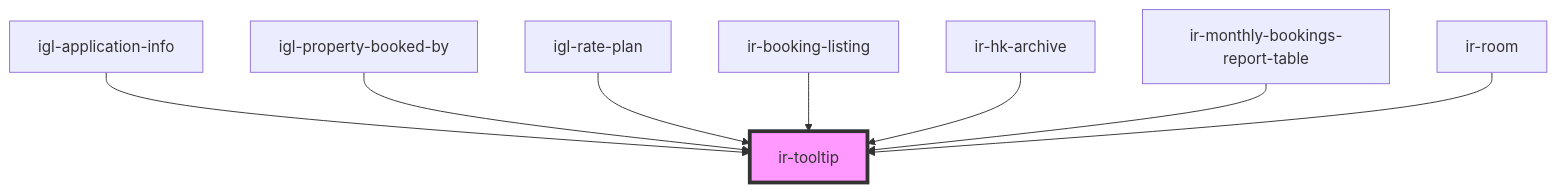
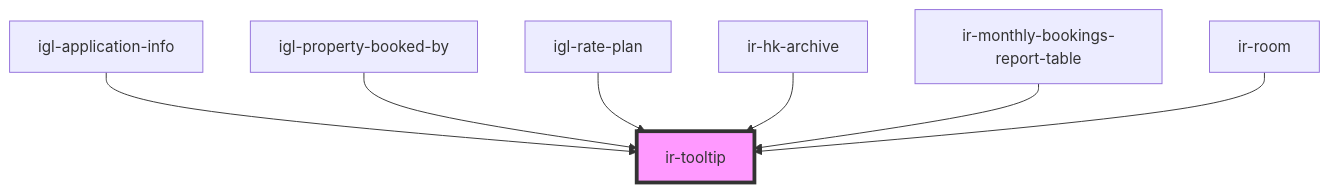
One commit to David1Chowaifaty/modified-ir-webcmp changed the diagram in src/components/ui/ir-tooltip/readme.md. Above: the diagram before and after it, drawn with Mermaid. The commit also changed other lines of this file and 77 other files, not shown here.

````diff
--- a/src/components/ui/ir-tooltip/readme.md
+++ b/src/components/ui/ir-tooltip/readme.md
@@ -33,11 +32,10 @@
 ```mermaid
 graph TD;
   igl-application-info --> ir-tooltip
   igl-property-booked-by --> ir-tooltip
   igl-rate-plan --> ir-tooltip
-  ir-booking-listing --> ir-tooltip
   ir-hk-archive --> ir-tooltip
   ir-monthly-bookings-report-table --> ir-tooltip
   ir-room --> ir-tooltip
   style ir-tooltip fill:#f9f,stroke:#333,stroke-width:4px
 ```
````
